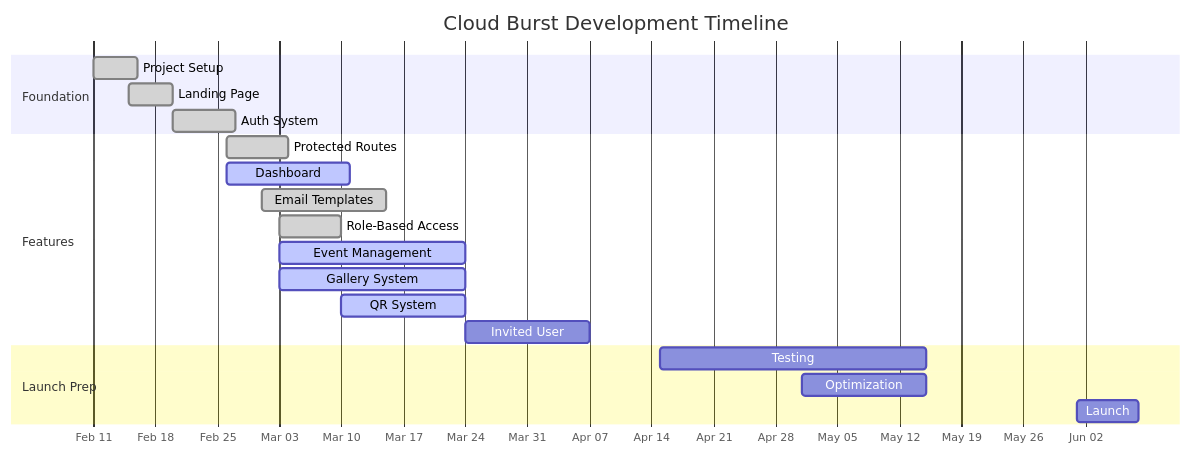
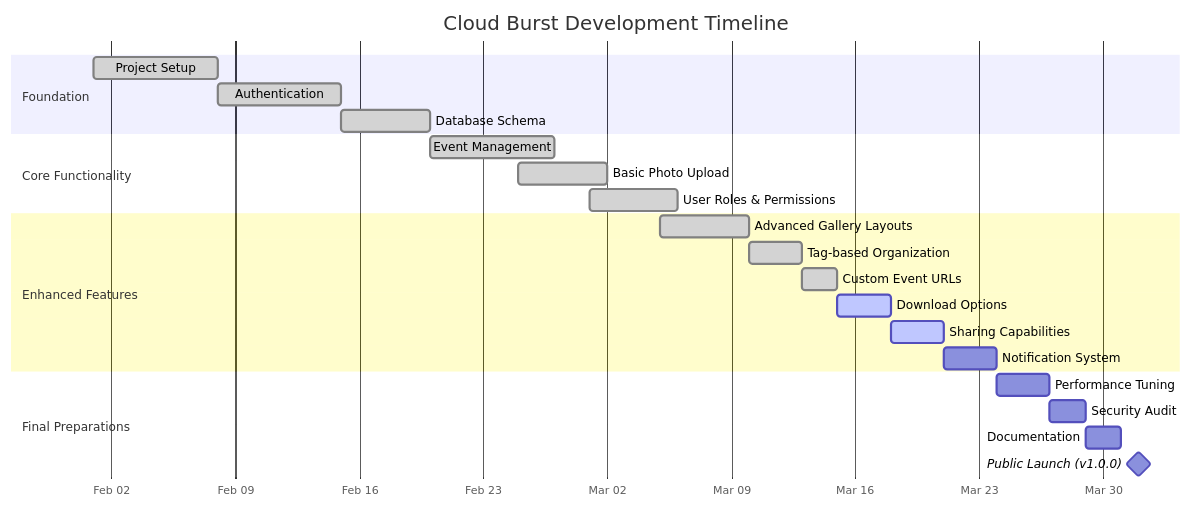
The first of 2 diagrams in docs/planning/roadmap.md (mrj0nesmtl/cloud-burst), drawn with Mermaid before and after one commit. The commit also changed other lines of this file and 65 other files, not shown here.

````diff
--- a/docs/planning/roadmap.md
+++ b/docs/planning/roadmap.md
@@ -203,26 +38,30 @@
 ```mermaid
 gantt
     title Cloud Burst Development Timeline
     dateFormat  YYYY-MM-DD
     axisFormat %b %d
     
     section Foundation
-    Project Setup      :done, f1, 2024-02-11, 5d
-    Landing Page      :done, f2, 2024-02-15, 5d
-    Auth System       :done, f3, 2024-02-20, 7d
+    Project Setup           :done, f1, 2025-02-01, 7d
+    Authentication          :done, f2, 2025-02-08, 7d
+    Database Schema         :done, f3, 2025-02-15, 5d
     
-    section Features
-    Protected Routes  :done, r1, 2024-02-26, 7d
-    Dashboard        :active, d1, 2024-02-26, 14d
-    Email Templates  :done, e1, 2024-03-01, 14d
-    Role-Based Access :done, a1, 2024-03-03, 7d
-    Event Management :active, m1, 2024-03-03, 21d
-    Gallery System   :active, g1, 2024-03-03, 21d
-    QR System       :active, q1, 2024-03-10, 14d
-    Invited User    :i1, 2024-03-24, 14d
+    section Core Functionality
+    Event Management        :done, c1, 2025-02-20, 7d
+    Basic Photo Upload      :done, c2, 2025-02-25, 5d
+    User Roles & Permissions:done, c3, 2025-03-01, 5d
     
-    section Launch Prep
-    Testing         :t1, 2024-04-15, 30d
-    Optimization    :o1, 2024-05-01, 14d
-    Launch         :l1, 2024-06-01, 7d
+    section Enhanced Features
+    Advanced Gallery Layouts:done, e1, 2025-03-05, 5d
+    Tag-based Organization  :done, e2, 2025-03-10, 3d
+    Custom Event URLs       :done, e3, 2025-03-13, 2d
+    Download Options        :active, e4, 2025-03-15, 3d
+    Sharing Capabilities    :active, e5, 2025-03-18, 3d
+    Notification System     :e6, 2025-03-21, 3d
+    
+    section Final Preparations
+    Performance Tuning      :o1, 2025-03-24, 3d
+    Security Audit          :o2, 2025-03-27, 2d
+    Documentation           :l2, 2025-03-29, 2d
+    Public Launch (v1.0.0)  :milestone, l3, 2025-04-01, 0d
 ```
````
